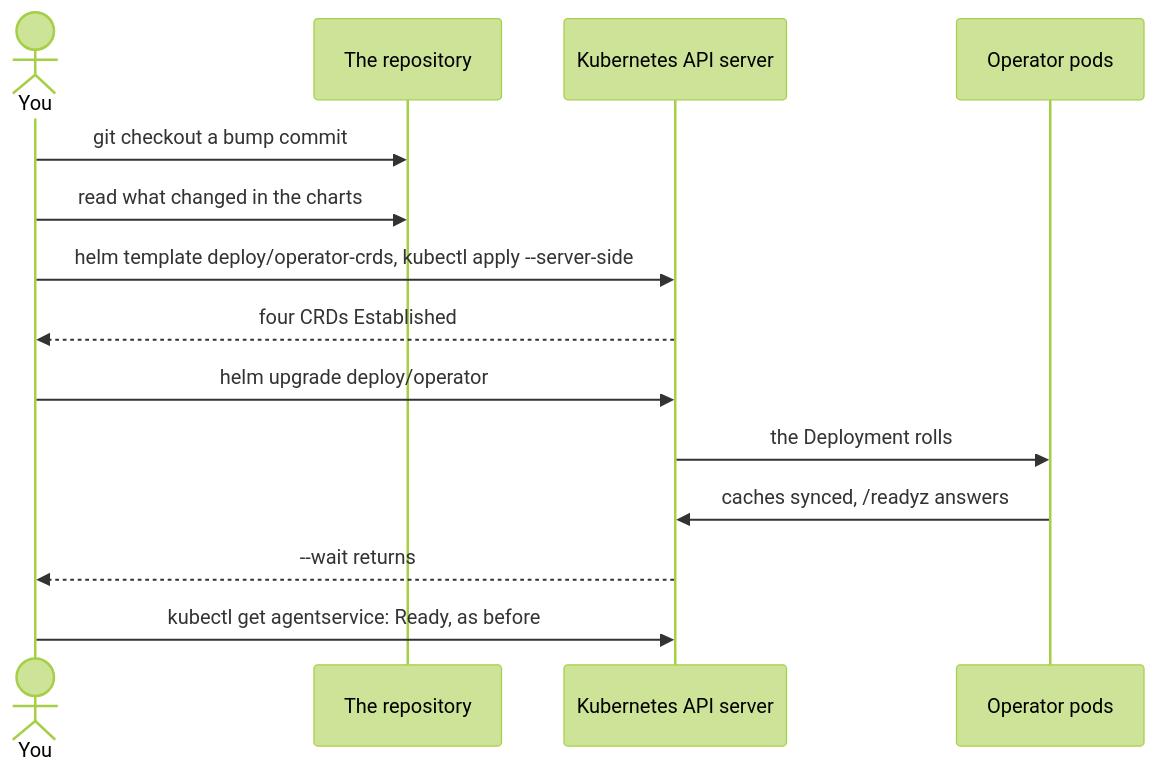
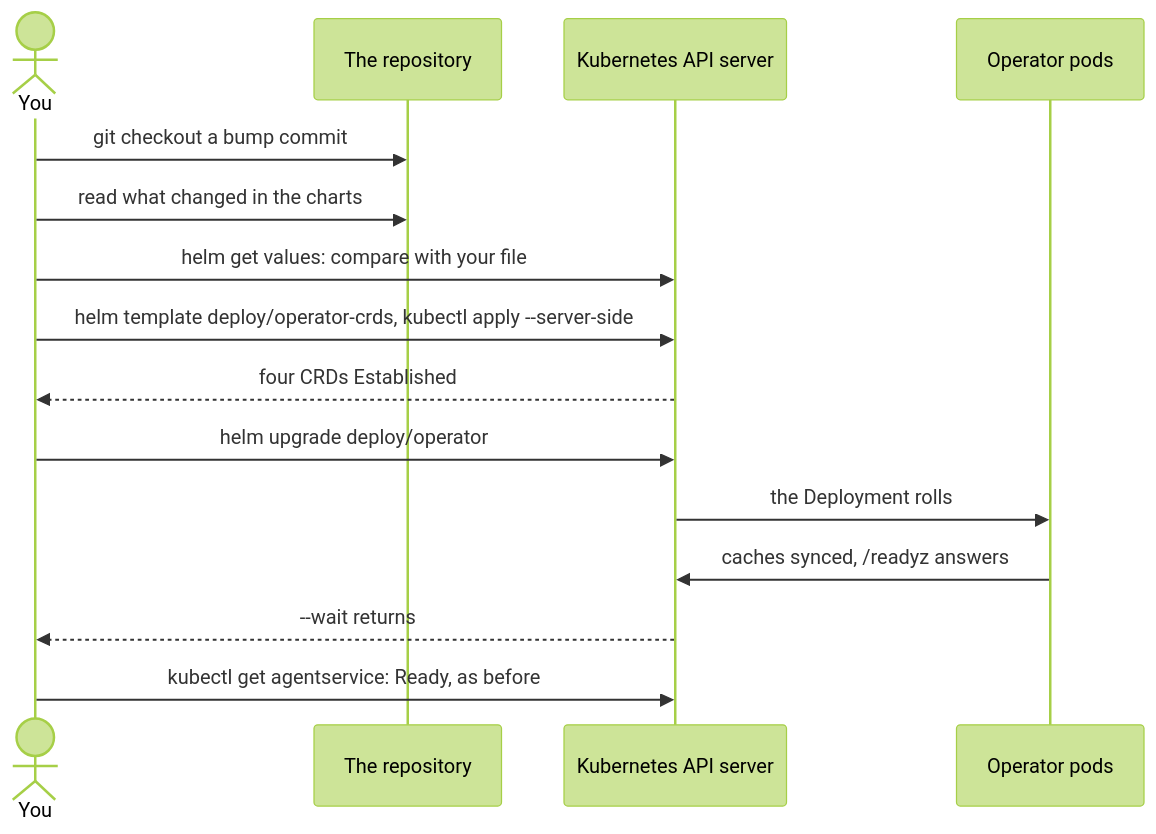
The first of 2 diagrams in docs/guides/operate/upgrade.md (vymalo/another-agentic-platform), drawn with Mermaid (forest theme) before and after one commit. The commit also changed other lines of this file and 7 other files, not shown here.

````diff
--- a/docs/guides/operate/upgrade.md
+++ b/docs/guides/operate/upgrade.md
@@ -39,16 +39,17 @@
 ```mermaid
 sequenceDiagram
   actor You
   participant R as The repository
   participant K as Kubernetes API server
   participant O as Operator pods
   You->>R: git checkout a bump commit
   You->>R: read what changed in the charts
+  You->>K: helm get values: compare with your file
   You->>K: helm template deploy/operator-crds, kubectl apply --server-side
   K-->>You: four CRDs Established
   You->>K: helm upgrade deploy/operator
   K->>O: the Deployment rolls
   O->>K: caches synced, /readyz answers
   K-->>You: --wait returns
   You->>K: kubectl get agentservice: Ready, as before
 ```
````
